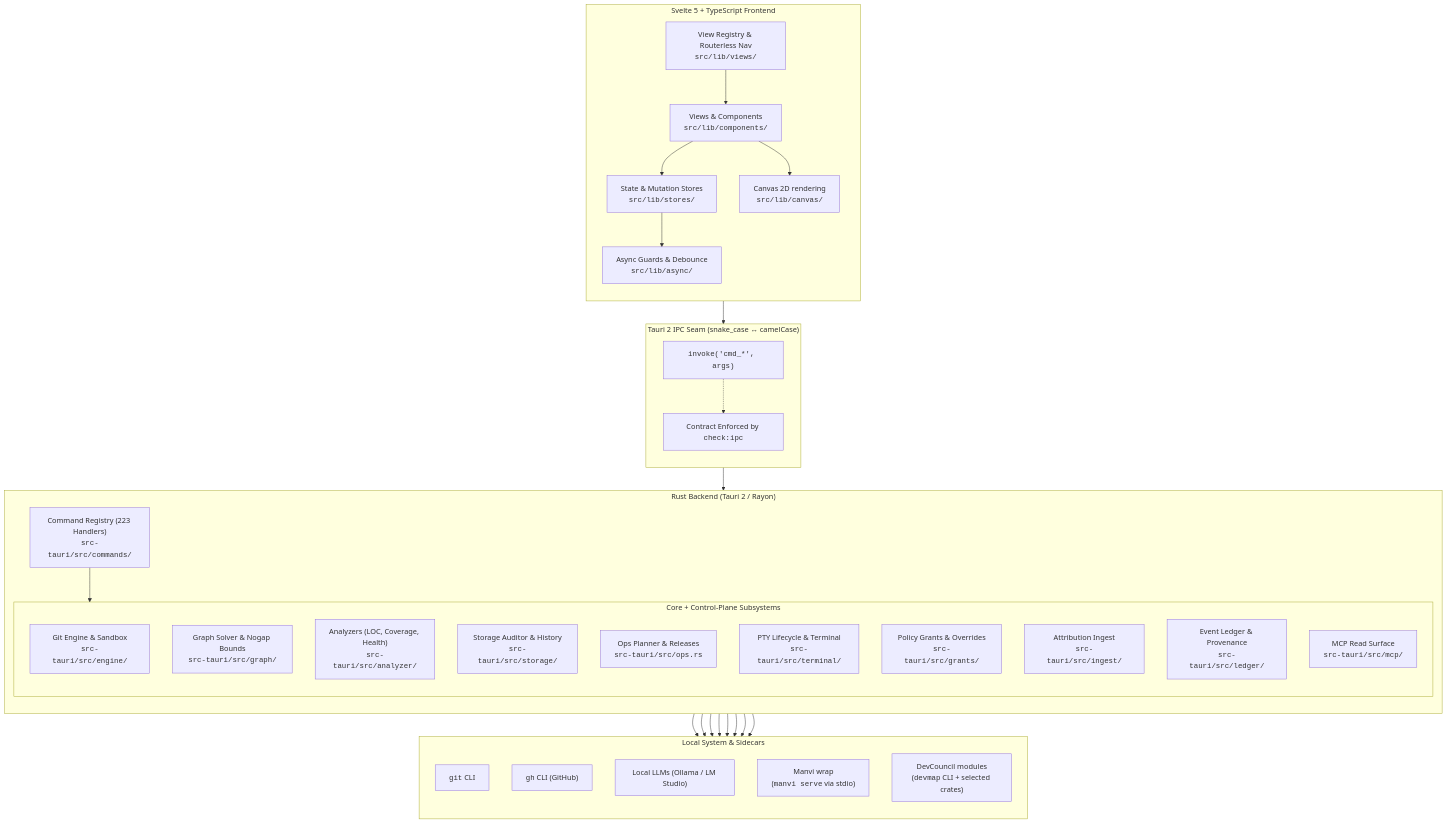
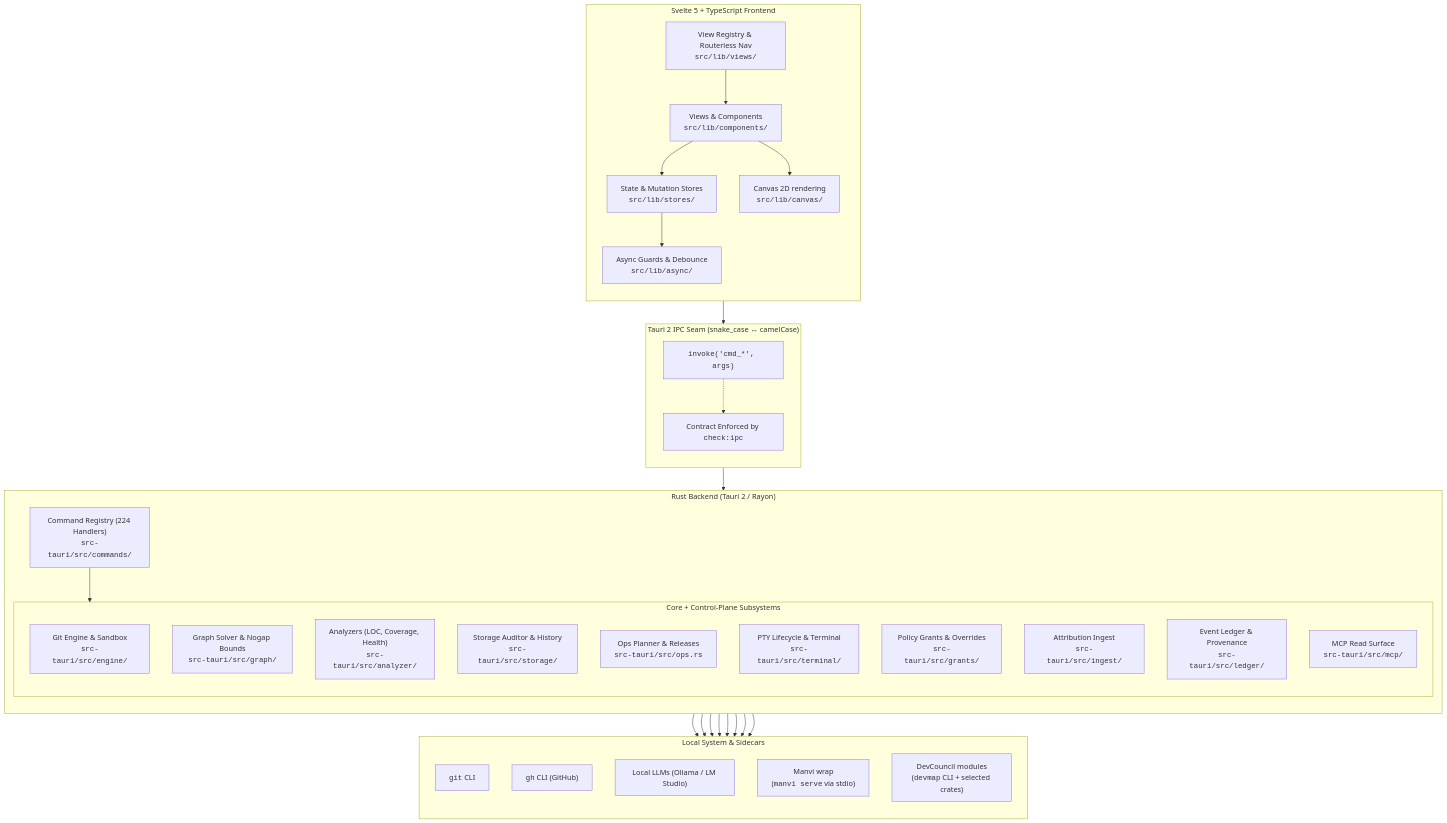
One commit to bharathvbcr/GitPulse changed the first of 4 diagrams in docs/ARCHITECTURE.md. Above: the diagram before and after it, drawn with Mermaid. The commit also changed other lines of this file and 21 other files, not shown here.

````diff
--- a/docs/ARCHITECTURE.md
+++ b/docs/ARCHITECTURE.md
@@ -15,63 +15,63 @@
 ```mermaid
 flowchart TB
     subgraph Frontend["Svelte 5 + TypeScript Frontend"]
         direction TB
         UI["Views & Components<br/><code>src/lib/components/</code>"]
         Stores["State & Mutation Stores<br/><code>src/lib/stores/</code>"]
         Registry["View Registry & Routerless Nav<br/><code>src/lib/views/</code>"]
         Canvas["Canvas 2D rendering<br/><code>src/lib/canvas/</code>"]
         Async["Async Guards & Debounce<br/><code>src/lib/async/</code>"]
         
         UI --> Stores
         UI --> Canvas
         Stores --> Async
         Registry --> UI
     end
 
     subgraph IPC["Tauri 2 IPC Seam (snake_case ↔ camelCase)"]
         direction TB
         Invoke["<code>invoke('cmd_*', args)</code>"]
         ContractCheck["Contract Enforced by <code>check:ipc</code>"]
         Invoke -.-> ContractCheck
     end
 
     subgraph Backend["Rust Backend (Tauri 2 / Rayon)"]
         direction TB
-        CmdRegistry["Command Registry (223 Handlers)<br/><code>src-tauri/src/commands/</code>"]
+        CmdRegistry["Command Registry (224 Handlers)<br/><code>src-tauri/src/commands/</code>"]
         
         subgraph Subsystems["Core + Control-Plane Subsystems"]
             GitEngine["Git Engine & Sandbox<br/><code>src-tauri/src/engine/</code>"]
             GraphSolver["Graph Solver & Nogap Bounds<br/><code>src-tauri/src/graph/</code>"]
             Analyzers["Analyzers (LOC, Coverage, Health)<br/><code>src-tauri/src/analyzer/</code>"]
             StorageAuditor["Storage Auditor & History<br/><code>src-tauri/src/storage/</code>"]
             OpsPlanner["Ops Planner & Releases<br/><code>src-tauri/src/ops.rs</code>"]
             PtyTerminal["PTY Lifecycle & Terminal<br/><code>src-tauri/src/terminal/</code>"]
             Grants["Policy Grants & Overrides<br/><code>src-tauri/src/grants/</code>"]
             Ingest["Attribution Ingest<br/><code>src-tauri/src/ingest/</code>"]
             Ledger["Event Ledger & Provenance<br/><code>src-tauri/src/ledger/</code>"]
             MCP["MCP Read Surface<br/><code>src-tauri/src/mcp/</code>"]
         end
         
         CmdRegistry --> Subsystems
     end
 
     subgraph External["Local System & Sidecars"]
         direction TB
         LocalGit["<code>git</code> CLI"]
         LocalGh["<code>gh</code> CLI (GitHub)"]
         LocalLLM["Local LLMs (Ollama / LM Studio)"]
         ManviSidecar["Manvi wrap<br/>(<code>manvi serve</code> via stdio)"]
         DevCouncilMods["DevCouncil modules<br/>(<code>devmap</code> CLI + selected crates)"]
     end
 
     Async --> Invoke
     Invoke --> CmdRegistry
     GitEngine --> LocalGit
     Analyzers --> LocalGit
     Analyzers --> LocalGh
     Analyzers --> LocalLLM
     OpsPlanner --> LocalGh
     OpsPlanner --> ManviSidecar
     Subsystems --> ManviSidecar
     Subsystems --> DevCouncilMods
 ```
````
